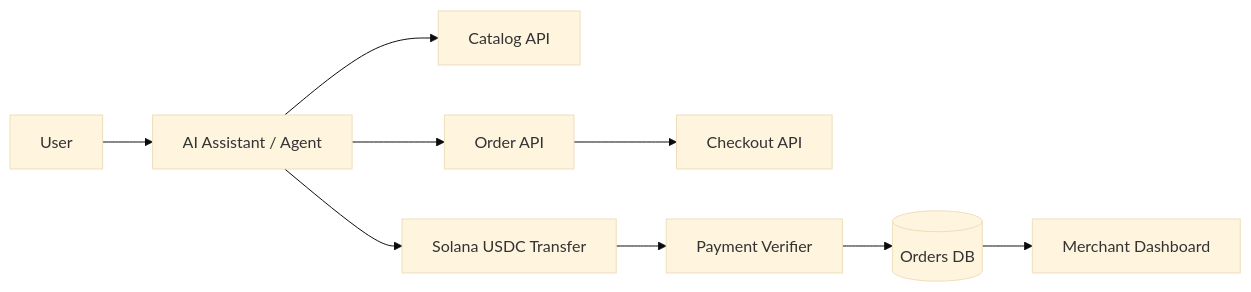
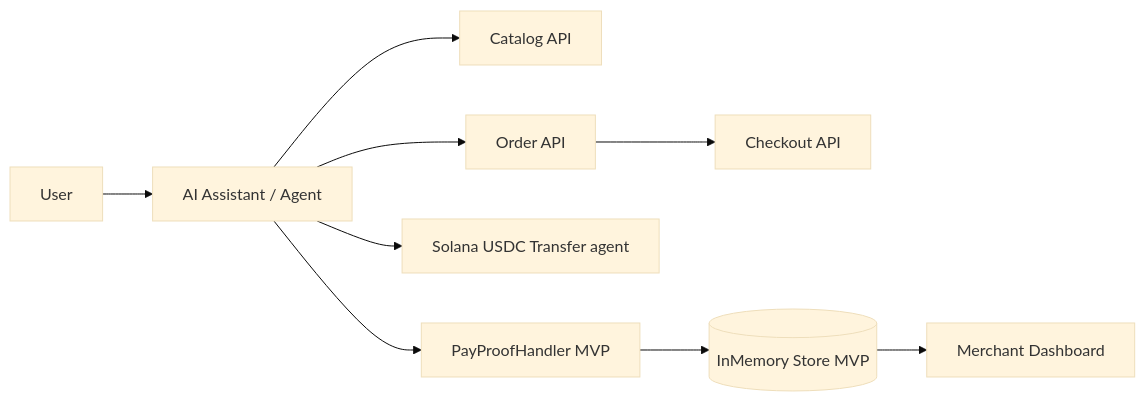
One commit to nikhlu07/MAXIS changed the first of 2 diagrams in README.md. Above: the diagram before and after it, drawn with Mermaid (base theme). The commit also changed other lines of this file and 17 other files, not shown here.

````diff
--- a/README.md
+++ b/README.md
@@ -107,11 +112,11 @@
 ```mermaid
 graph LR
   U[User] --> A[AI Assistant / Agent]
   A --> C[Catalog API]
   A --> O[Order API]
   O --> P[Checkout API ]
-  A --> S[Solana USDC Transfer]
-  S --> V[Payment Verifier]
-  V --> DB[(Orders DB)]
+  A --> S[Solana USDC Transfer agent]
+  A --> V[PayProofHandler MVP]
+  V --> DB[(InMemory Store MVP)]
   DB --> D[Merchant Dashboard]
 ```
````
